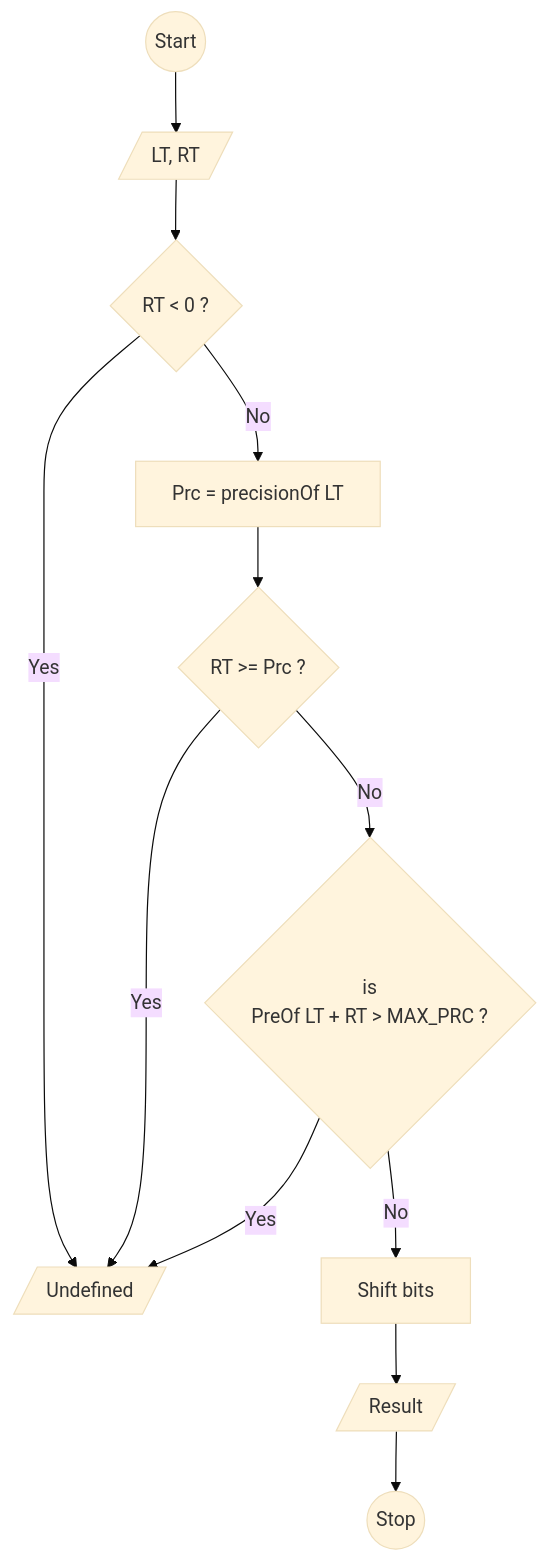
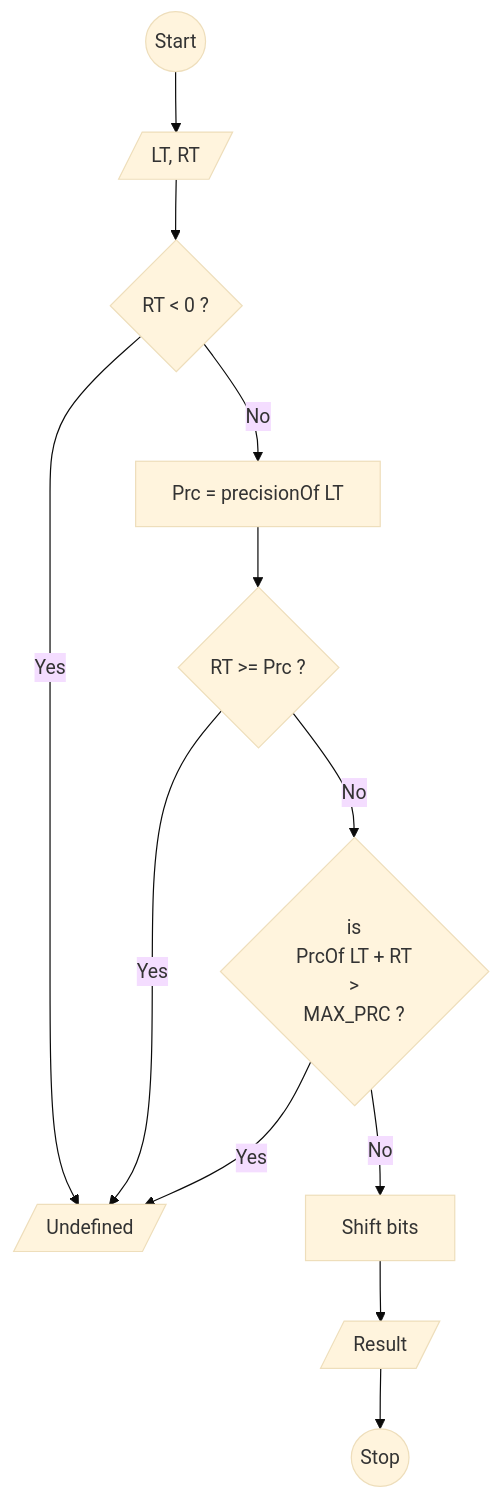
One commit to imdhemy/leetCode changed the diagram in notes/bitwise-operators.md. Above: the diagram before and after it, drawn with Mermaid (base theme). The commit also changed other lines of this file, not shown here.

````diff
--- a/notes/bitwise-operators.md
+++ b/notes/bitwise-operators.md
@@ -87,24 +89,24 @@
 ```mermaid
 flowchart TB
     start((Start))
     input[/LT, RT/]
     stop((Stop))
     undefined[/Undefined/]
     shift[Shift bits]
     result[/Result/]
     isNegative{RT < 0 ?}
     calcPrecision[Prc = precisionOf LT]
     isGTPercision{RT >= Prc ?}
-    isExceedingMax{is\n PreOf LT + RT > MAX_PRC ?}
+    isExceedingMax{is\n PrcOf LT + RT\n >\n MAX_PRC ?}
     
     start-->input-->isNegative
     isNegative-->|Yes| undefined
     isNegative-->|No| calcPrecision
     calcPrecision--> isGTPercision
     isGTPercision-->|Yes| undefined
     isGTPercision-->|No| isExceedingMax
     isExceedingMax-->|Yes| undefined
     isExceedingMax-->|No| shift
     -->result
     -->stop
 ```
````
